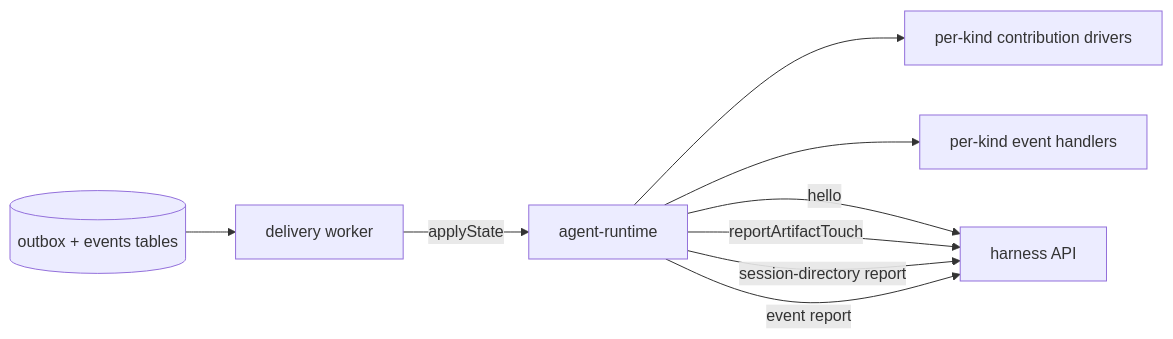
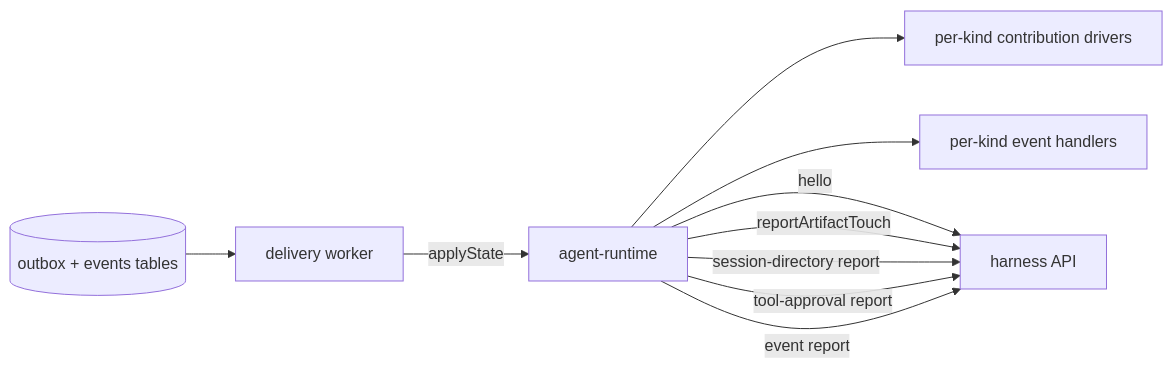
Before and after one commit to dam-agents/dam: the first of 5 diagrams in docs/architecture/runtime-delivery.md, drawn with Mermaid. The commit also changed other lines of this file and 29 other files, not shown here.

First line of the commit message:
fix(approvals): record a tool approval when the agent asks, not when someone opens the session

````diff
--- a/docs/architecture/runtime-delivery.md
+++ b/docs/architecture/runtime-delivery.md
@@ -20,18 +20,19 @@
 ```mermaid
 flowchart LR
   outbox[(outbox + events tables)]
   worker[delivery worker]
   rt[agent-runtime]
   drivers[per-kind contribution drivers]
   handlers[per-kind event handlers]
   api[harness API]
 
   outbox --> worker
   worker -->|applyState| rt
   rt --> drivers
   rt --> handlers
   rt -->|hello| api
   rt -->|reportArtifactTouch| api
   rt -->|session-directory report| api
+  rt -->|tool-approval report| api
   rt -->|event report| api
 ```
````
